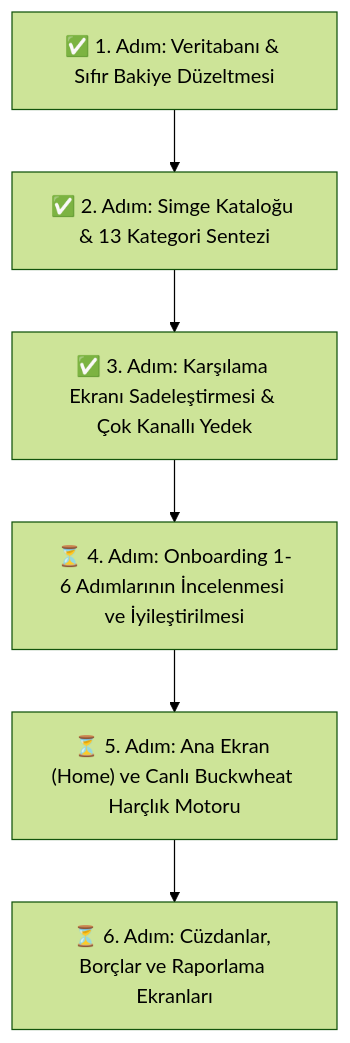
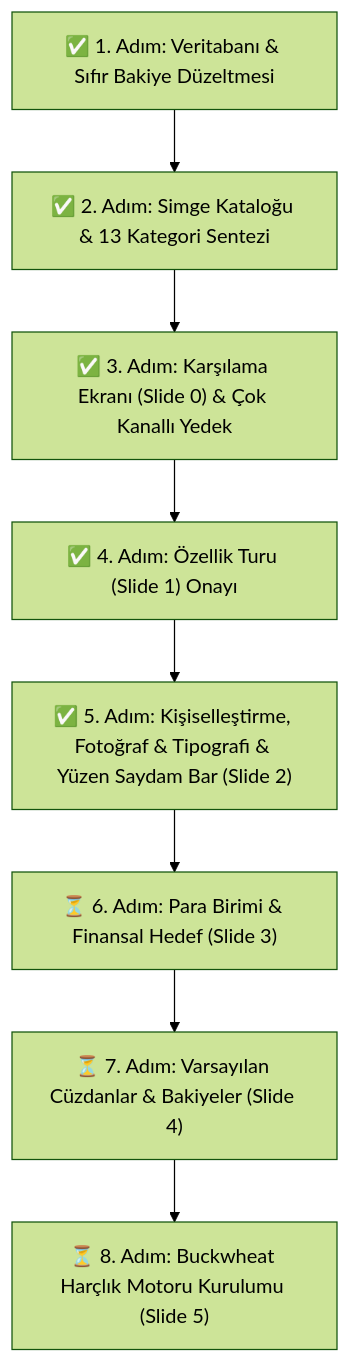
Before and after one commit to mehmetsensoyme/TrioTrack: the third of 3 diagrams in DOCUMENTATION.md, drawn with Mermaid (forest theme). The commit also changed other lines of this file, not shown here.

Commit message:
docs: update documentation with translucent floating bars architecture and changelog v1.6.3

````diff
--- a/DOCUMENTATION.md
+++ b/DOCUMENTATION.md
@@ -203,11 +204,13 @@
 ```mermaid
 flowchart TD
     Step1["✅ 1. Adım: Veritabanı & Sıfır Bakiye Düzeltmesi"]
     Step2["✅ 2. Adım: Simge Kataloğu & 13 Kategori Sentezi"]
-    Step3["✅ 3. Adım: Karşılama Ekranı Sadeleştirmesi & Çok Kanallı Yedek"]
-    Step4["⏳ 4. Adım: Onboarding 1-6 Adımlarının İncelenmesi ve İyileştirilmesi"]
-    Step5["⏳ 5. Adım: Ana Ekran (Home) ve Canlı Buckwheat Harçlık Motoru"]
-    Step6["⏳ 6. Adım: Cüzdanlar, Borçlar ve Raporlama Ekranları"]
+    Step3["✅ 3. Adım: Karşılama Ekranı (Slide 0) & Çok Kanallı Yedek"]
+    Step4["✅ 4. Adım: Özellik Turu (Slide 1) Onayı"]
+    Step5["✅ 5. Adım: Kişiselleştirme, Fotoğraf & Tipografi & Yüzen Saydam Bar (Slide 2)"]
+    Step6["⏳ 6. Adım: Para Birimi & Finansal Hedef (Slide 3)"]
+    Step7["⏳ 7. Adım: Varsayılan Cüzdanlar & Bakiyeler (Slide 4)"]
+    Step8["⏳ 8. Adım: Buckwheat Harçlık Motoru Kurulumu (Slide 5)"]
     
-    Step1 --> Step2 --> Step3 --> Step4 --> Step5 --> Step6
+    Step1 --> Step2 --> Step3 --> Step4 --> Step5 --> Step6 --> Step7 --> Step8
 ```
````
